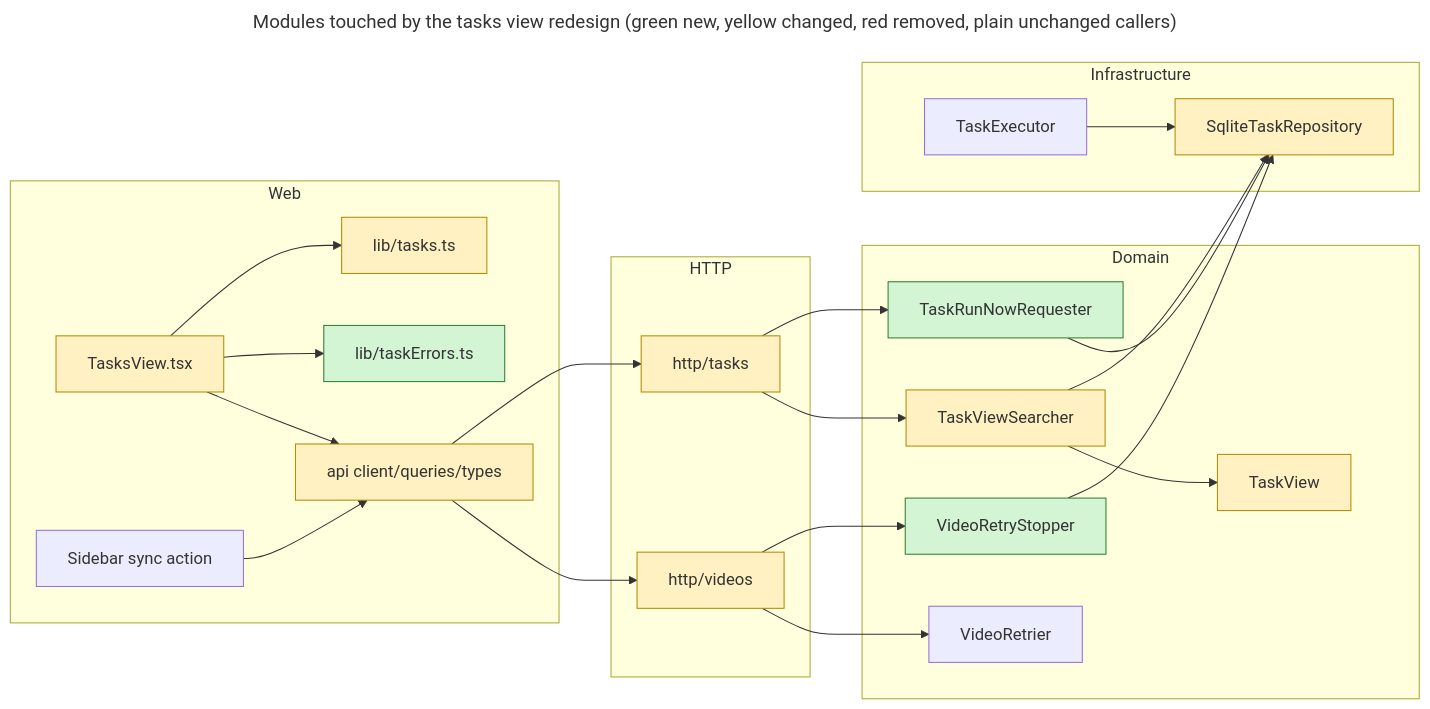
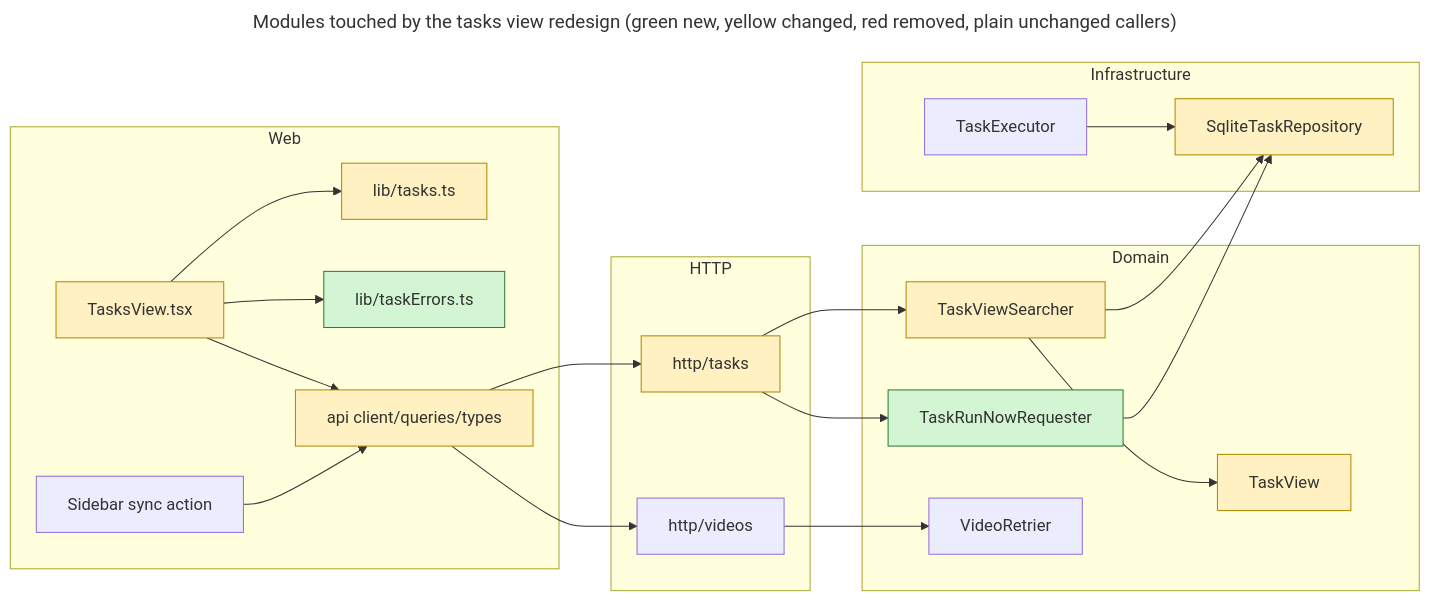
Before and after one commit to sergigp/yarrtube: the diagram in openspec/changes/redesign-tasks-view/proposal.md, drawn with Mermaid. The commit also changed other lines of this file and 35 other files, not shown here.

````diff
--- a/openspec/changes/redesign-tasks-view/proposal.md
+++ b/openspec/changes/redesign-tasks-view/proposal.md
@@ -86,51 +84,48 @@
 ```mermaid
 ---
 title: "Modules touched by the tasks view redesign (green new, yellow changed, red removed, plain unchanged callers)"
 ---
 flowchart LR
   classDef new fill:#d4f5d4,stroke:#2e7d32
   classDef changed fill:#fff1c2,stroke:#b58900
   classDef removed fill:#f8d4d4,stroke:#c62828,stroke-dasharray:4
 
   subgraph Web
     TasksView[TasksView.tsx]:::changed
     LibTasks[lib/tasks.ts]:::changed
     LibErrors[lib/taskErrors.ts]:::new
     ApiClient[api client/queries/types]:::changed
     Sidebar[Sidebar sync action]
   end
 
   subgraph HTTP
     TasksHttp[http/tasks]:::changed
-    VideosHttp[http/videos]:::changed
+    VideosHttp[http/videos]
   end
 
   subgraph Domain
     TaskView[TaskView]:::changed
     TaskViewSearcher[TaskViewSearcher]:::changed
     TaskRunner[TaskRunNowRequester]:::new
-    RetryStopper[VideoRetryStopper]:::new
     VideoRetrier[VideoRetrier]
   end
 
   subgraph Infrastructure
     TaskRepo[SqliteTaskRepository]:::changed
     Executor[TaskExecutor]
   end
 
   TasksView --> LibTasks
   TasksView --> LibErrors
   TasksView --> ApiClient
   ApiClient --> TasksHttp
   ApiClient --> VideosHttp
   Sidebar --> ApiClient
   TasksHttp --> TaskViewSearcher
   TasksHttp --> TaskRunner
   VideosHttp --> VideoRetrier
-  VideosHttp --> RetryStopper
   TaskViewSearcher --> TaskView
   TaskViewSearcher --> TaskRepo
   TaskRunner --> TaskRepo
-  RetryStopper --> TaskRepo
   Executor --> TaskRepo
 ```
````
